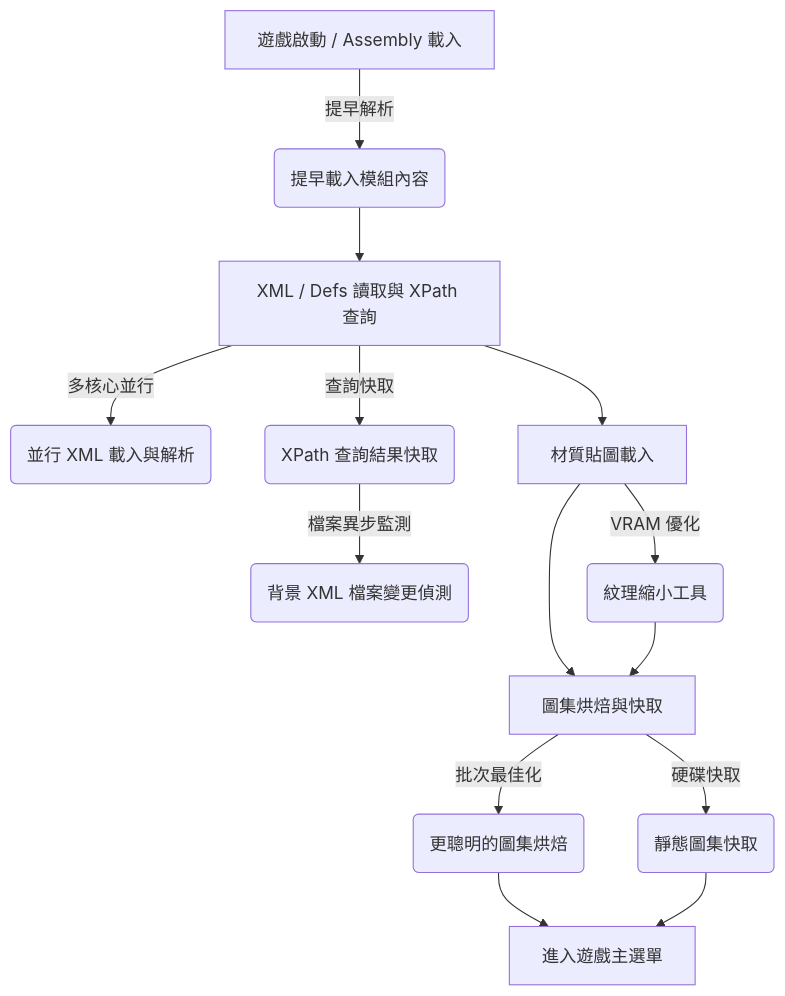
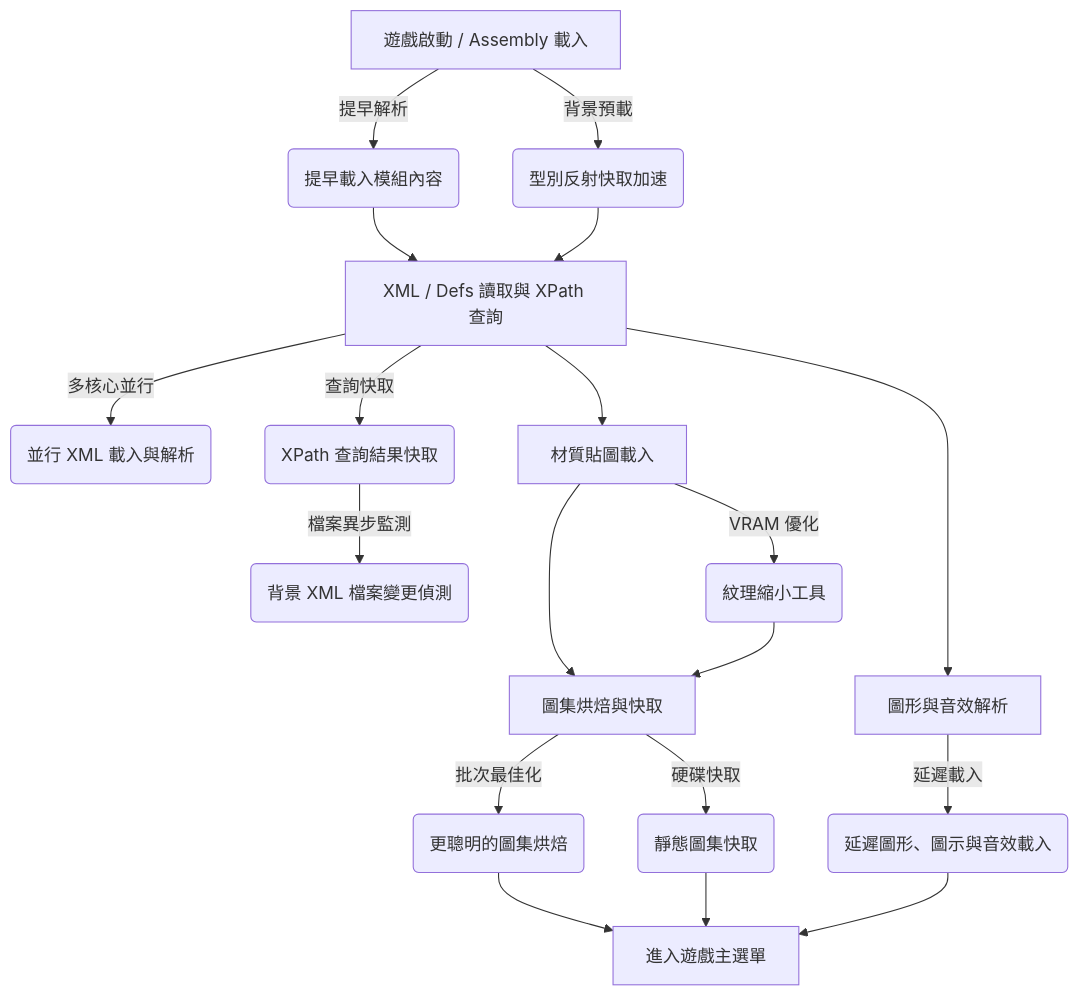
Before and after one commit to mushroomTW/FasterGameLoading---Continued: the diagram in README.md, drawn with Mermaid. The commit also changed other lines of this file and 4 other files, not shown here.

````diff
--- a/README.md
+++ b/README.md
@@ -13,16 +13,21 @@
 ```mermaid
 graph TD
     A[遊戲啟動 / Assembly 載入] -->|提早解析| C(提早載入模組內容)
+    A -->|背景預載| R(型別反射快取加速)
     C --> D[XML / Defs 讀取與 XPath 查詢]
+    R --> D
     D -->|多核心並行| E(並行 XML 載入與解析)
     D -->|查詢快取| F(XPath 查詢結果快取)
     F -->|檔案異步監測| G(背景 XML 檔案變更偵測)
     D --> H[材質貼圖載入]
     H -->|VRAM 優化| K(紋理縮小工具)
     H --> L[圖集烘焙與快取]
     K --> L
     L -->|批次最佳化| M(更聰明的圖集烘焙)
     L -->|硬碟快取| N(靜態圖集快取)
+    D --> P[圖形與音效解析]
+    P -->|延遲載入| Q(延遲圖形、圖示與音效載入)
     M --> O[進入遊戲主選單]
     N --> O
+    Q --> O
 ```
````
